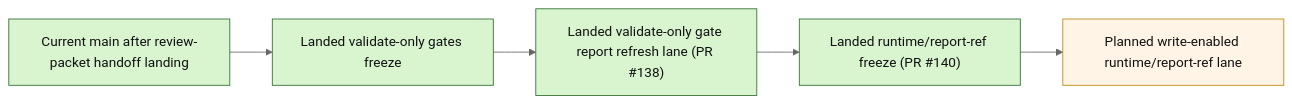
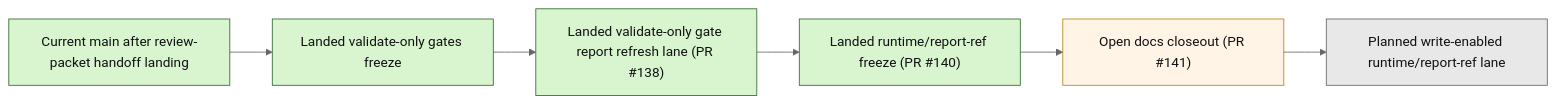
Before and after one commit to benjmcd/project6_REPO_MCP_FOLDER: the second of 2 diagrams in next_milestone_plans/layer3_progress_board.md, drawn with Mermaid (neutral theme). The commit also changed other lines of this file and 3 other files, not shown here.

Commit message:
docs(layer3): sync open docs closeout state

````diff
--- a/next_milestone_plans/layer3_progress_board.md
+++ b/next_milestone_plans/layer3_progress_board.md
@@ -192,14 +194,16 @@
 ```mermaid
 flowchart LR
     A["Current main after review-packet handoff landing"] --> B["Landed validate-only gates freeze"]
     B --> C["Landed validate-only gate report refresh lane (PR #138)"]
     C --> D["Landed runtime/report-ref freeze (PR #140)"]
-    D --> E["Planned write-enabled runtime/report-ref lane"]
+    D --> E["Open docs closeout (PR #141)"]
+    E --> F["Planned write-enabled runtime/report-ref lane"]
 
     classDef done fill:#d8f5d0,stroke:#2f6b2f,color:#111;
     classDef next fill:#fff4e6,stroke:#b8860b,color:#111;
     classDef future fill:#e8e8e8,stroke:#666,color:#111;
 
     class A,B,C,D done;
     class E next;
+    class F future;
 ```
````
